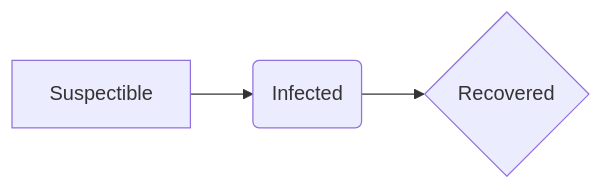
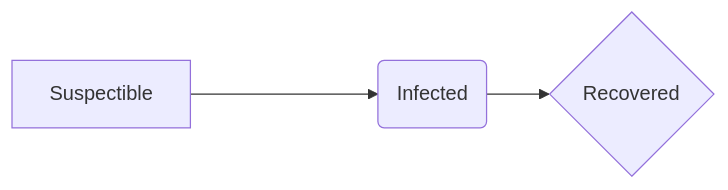
The diagram in Coursera: Computational Thinking UMich.md (vkoul/OnlineCourses), drawn with Mermaid before and after one commit. The commit also changed other lines of this file, not shown here.

````diff
--- a/Coursera: Computational Thinking UMich.md
+++ b/Coursera: Computational Thinking UMich.md
@@ -151,5 +151,5 @@
 ```mermaid
 graph LR
-Suspectible --> Infected(Infected)
+Suspectible ----> Infected(Infected)
 Infected --> Recovered{Recovered}
 ```
````
